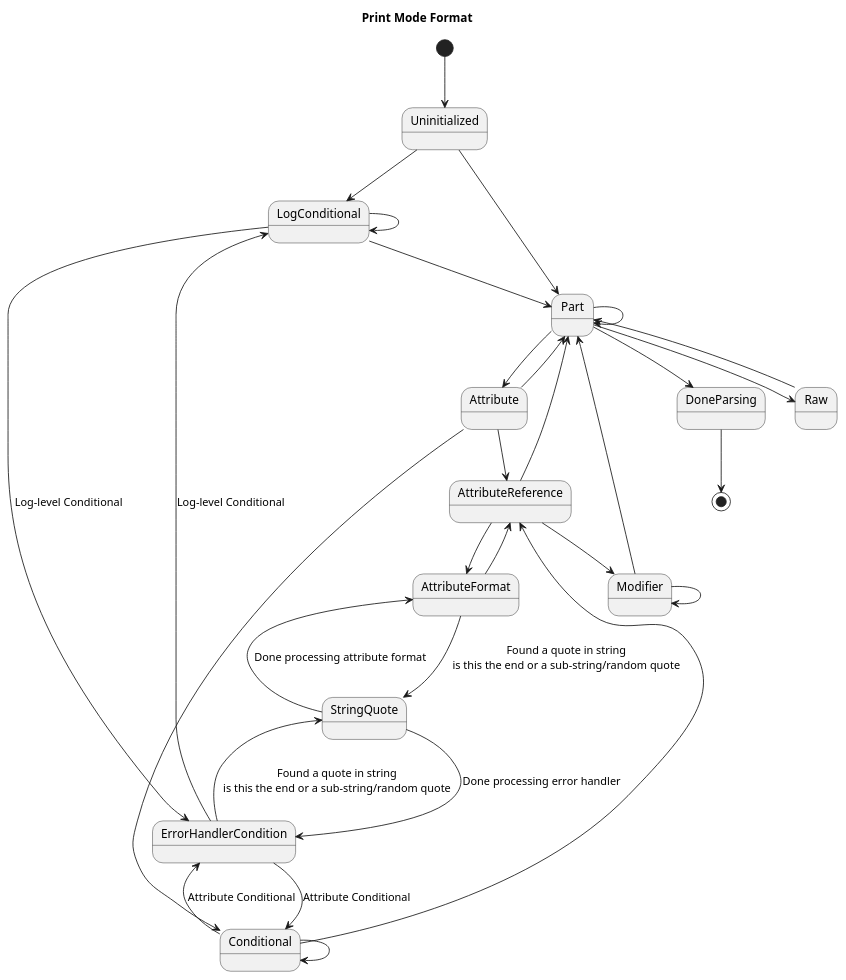
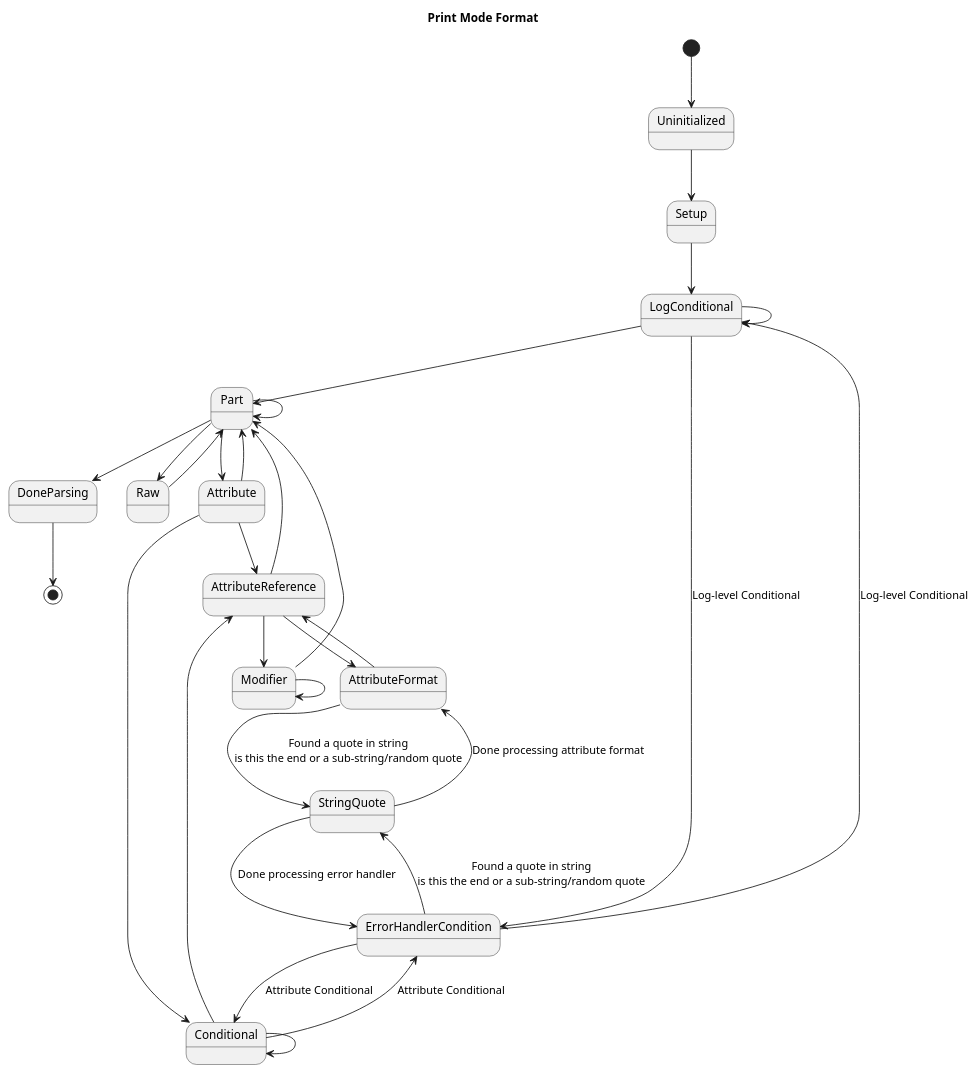
One commit to rcmaniac25/stethoscope changed the diagram in Docs/PrintModeParserStates.puml. Above: the diagram before and after it, drawn with PlantUML. The commit also changed 2 other files, not shown here.

Commit message:
Log-level conditional parsing

```diff
--- a/Docs/PrintModeParserStates.puml
+++ b/Docs/PrintModeParserStates.puml
@@ -1,47 +1,48 @@
 @startuml
 
 title Print Mode Format
 
 [*] --> Uninitialized
-Uninitialized --> LogConditional
-Uninitialized --> Part
+Uninitialized --> Setup
+
+Setup --> LogConditional
 
 LogConditional --> LogConditional
 Part --> Part
 
 LogConditional --> Part
 
 Part --> DoneParsing
 
 Part --> Raw
 Raw --> Part
 
 Part --> Attribute
 Attribute --> Part
 
 Attribute --> Conditional
 Attribute --> AttributeReference
 Conditional --> Conditional
 Conditional --> AttributeReference
 AttributeReference --> Modifier
 AttributeReference --> Part
 Modifier --> Modifier
 Modifier --> Part
 
 AttributeReference --> AttributeFormat
 AttributeFormat --> AttributeReference
 
 AttributeFormat --> StringQuote : Found a quote in string\nis this the end or a sub-string/random quote
 StringQuote --> AttributeFormat : Done processing attribute format
 
 LogConditional --> ErrorHandlerCondition : Log-level Conditional
 ErrorHandlerCondition --> LogConditional : Log-level Conditional
 Conditional --> ErrorHandlerCondition : Attribute Conditional
 ErrorHandlerCondition --> Conditional : Attribute Conditional
 
 ErrorHandlerCondition --> StringQuote : Found a quote in string\nis this the end or a sub-string/random quote
 StringQuote --> ErrorHandlerCondition : Done processing error handler
 
 DoneParsing --> [*]
 
 @enduml
```
